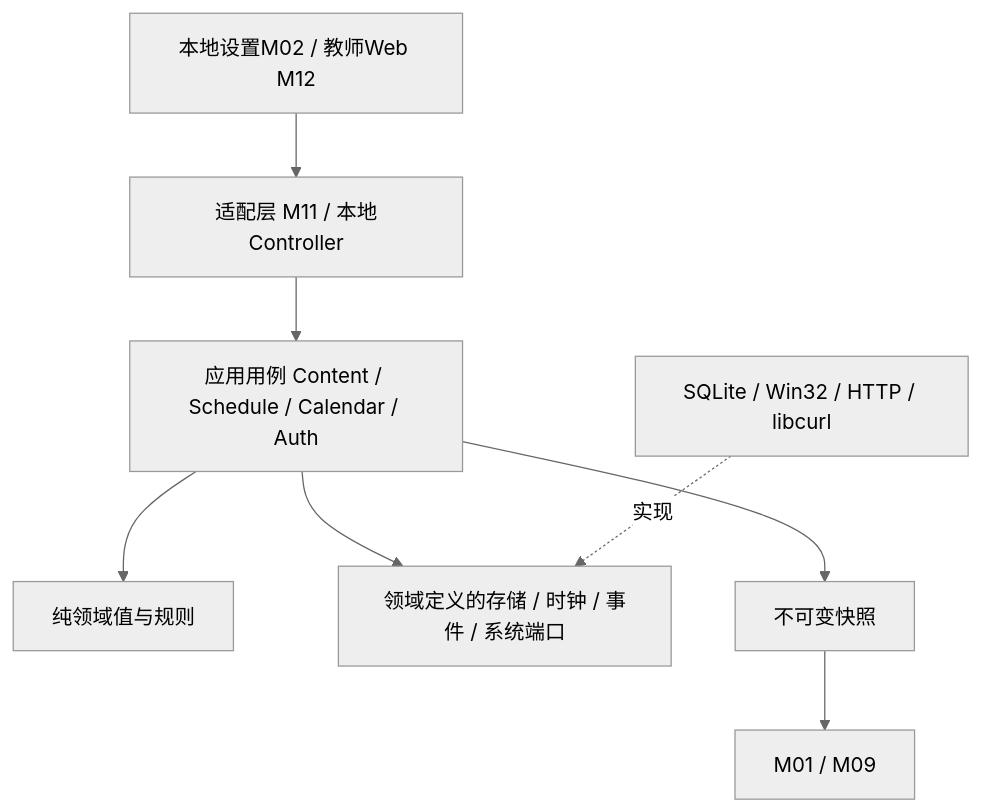
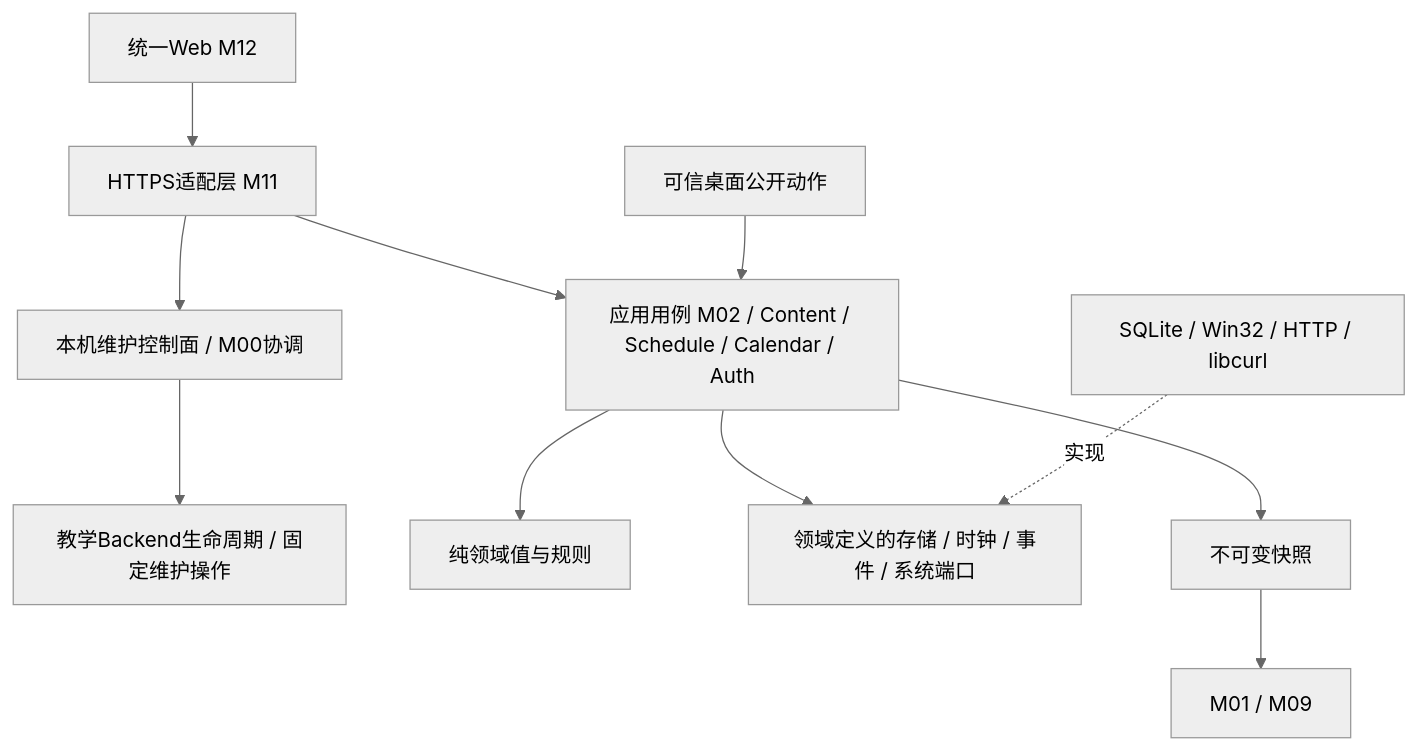
One commit to NevermoreN/future-classroom changed the diagram in 开发计划/01-模块划分与接口契约.md. Above: the diagram before and after it, drawn with Mermaid (neutral theme). The commit also changed other lines of this file and 22 other files, not shown here.

````diff
--- a/开发计划/01-模块划分与接口契约.md
+++ b/开发计划/01-模块划分与接口契约.md
@@ -36,10 +36,13 @@
 ```mermaid
 flowchart TB
-  UI[本地设置M02 / 教师Web M12] --> AD[适配层 M11 / 本地Controller]
-  AD --> APP[应用用例 Content / Schedule / Calendar / Auth]
+  WEB[统一Web M12] --> AD[HTTPS适配层 M11]
+  AD --> APP[应用用例 M02 / Content / Schedule / Calendar / Auth]
+  LOCAL[可信桌面公开动作] --> APP
+  AD --> CONTROL[本机维护控制面 / M00协调]
+  CONTROL --> LIFE[教学Backend生命周期 / 固定维护操作]
   APP --> DOMAIN[纯领域值与规则]
   APP --> PORT[领域定义的存储 / 时钟 / 事件 / 系统端口]
   INFRA[SQLite / Win32 / HTTP / libcurl] -.实现.-> PORT
   APP --> SNAP[不可变快照]
   SNAP --> VIEW[M01 / M09]
 ```
````
